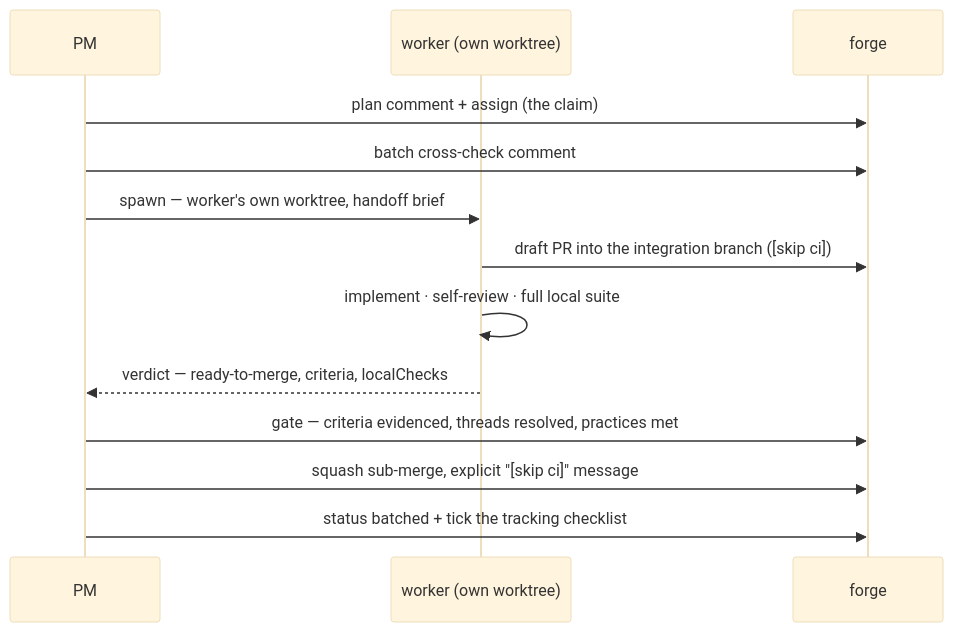
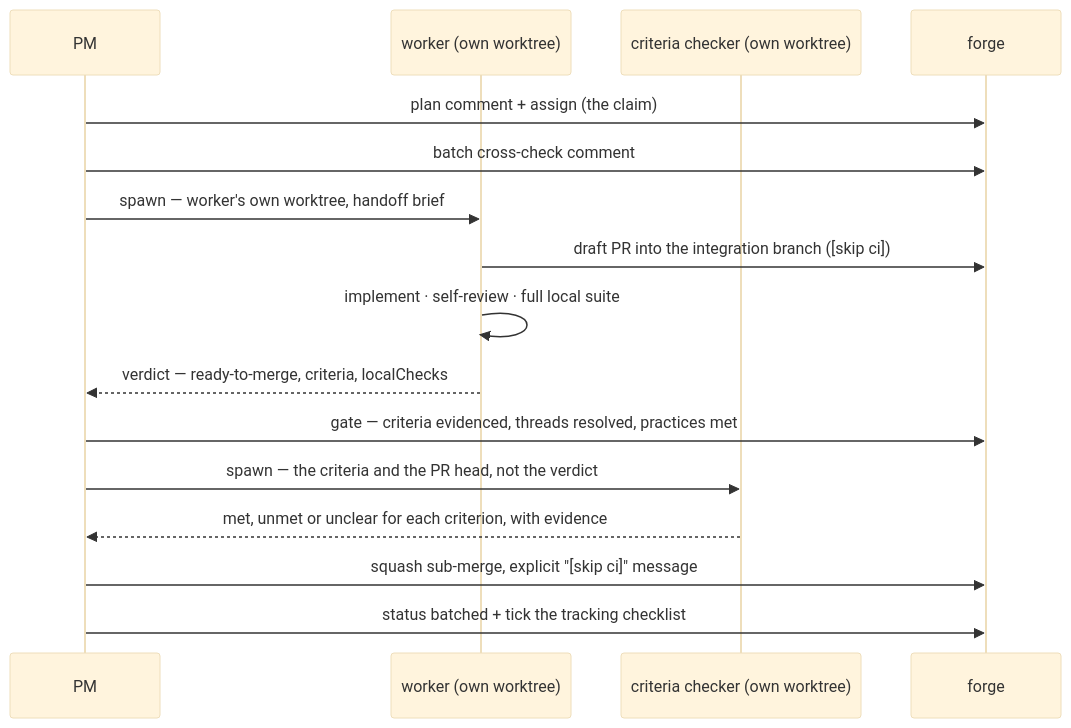
The fourth of 6 diagrams in README.md (Crank-Git/issue-flow-codex), drawn with Mermaid (base theme) before and after one commit. The commit also changed other lines of this file and 12 other files, not shown here.

````diff
--- a/README.md
+++ b/README.md
@@ -251,15 +253,18 @@
 ```mermaid
 sequenceDiagram
     participant PM
     participant W as worker (own worktree)
+    participant C as criteria checker (own worktree)
     participant F as forge
     PM->>F: plan comment + assign (the claim)
     PM->>F: batch cross-check comment
     PM->>W: spawn — worker's own worktree, handoff brief
     W->>F: draft PR into the integration branch ([skip ci])
     W->>W: implement · self-review · full local suite
     W-->>PM: verdict — ready-to-merge, criteria, localChecks
     PM->>F: gate — criteria evidenced, threads resolved, practices met
+    PM->>C: spawn — the criteria and the PR head, not the verdict
+    C-->>PM: met, unmet or unclear for each criterion, with evidence
     PM->>F: squash sub-merge, explicit "[skip ci]" message
     PM->>F: status batched + tick the tracking checklist
 ```
````
